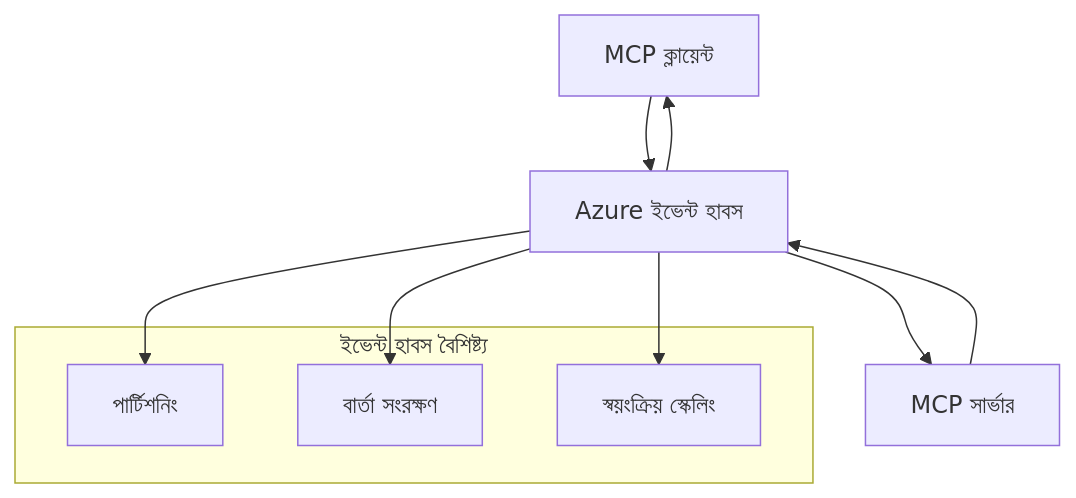
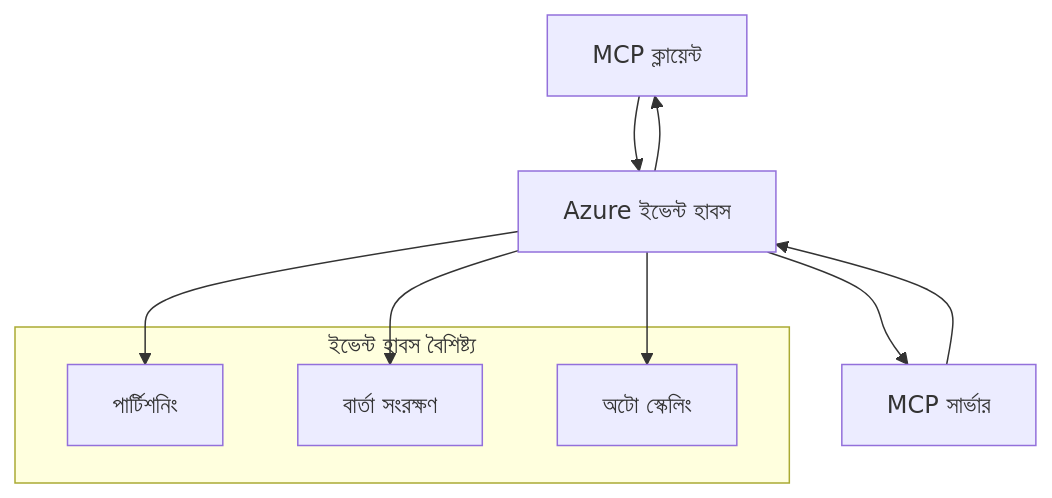
The second of 2 diagrams in mcp_ecosystem__model_context_protocol/mcp_learning_resources/mcp-for-beginners/translations/bn/05-AdvancedTopics/mcp-transport/README.md (HIDORAKAI002/ai-workspace-archive), drawn with Mermaid before and after one commit. The commit also changed other lines of this file and 1539 other files, not shown here.

````diff
--- a/mcp_ecosystem__model_context_protocol/mcp_learning_resources/mcp-for-beginners/translations/bn/05-AdvancedTopics/mcp-transport/README.md
+++ b/mcp_ecosystem__model_context_protocol/mcp_learning_resources/mcp-for-beginners/translations/bn/05-AdvancedTopics/mcp-transport/README.md
@@ -269,17 +270,17 @@
 ```mermaid
 graph TB
     Client[MCP ক্লায়েন্ট] --> EH[Azure ইভেন্ট হাবস]
     EH --> Server[MCP সার্ভার]
     Server --> EH
     EH --> Client
     
     subgraph "ইভেন্ট হাবস বৈশিষ্ট্য"
         Partition[পার্টিশনিং]
         Retention[বার্তা সংরক্ষণ]
-        Scaling[স্বয়ংক্রিয় স্কেলিং]
+        Scaling[অটো স্কেলিং]
     end
     
     EH --> Partition
     EH --> Retention
     EH --> Scaling
 ```
````
